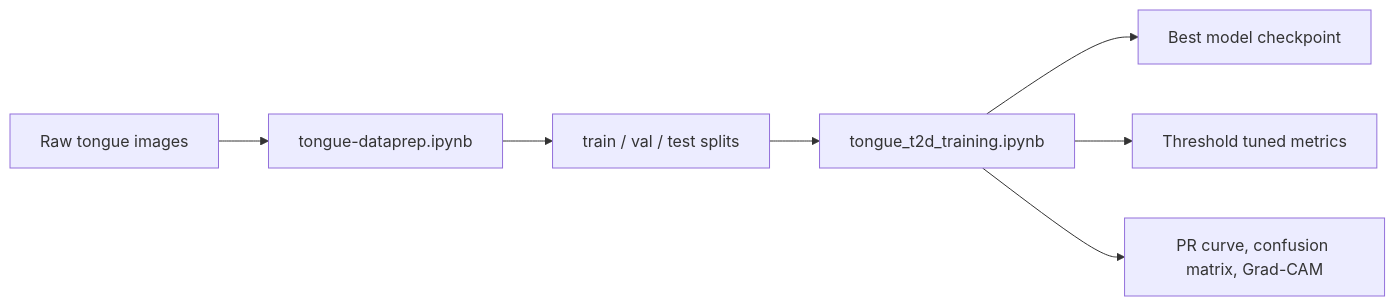
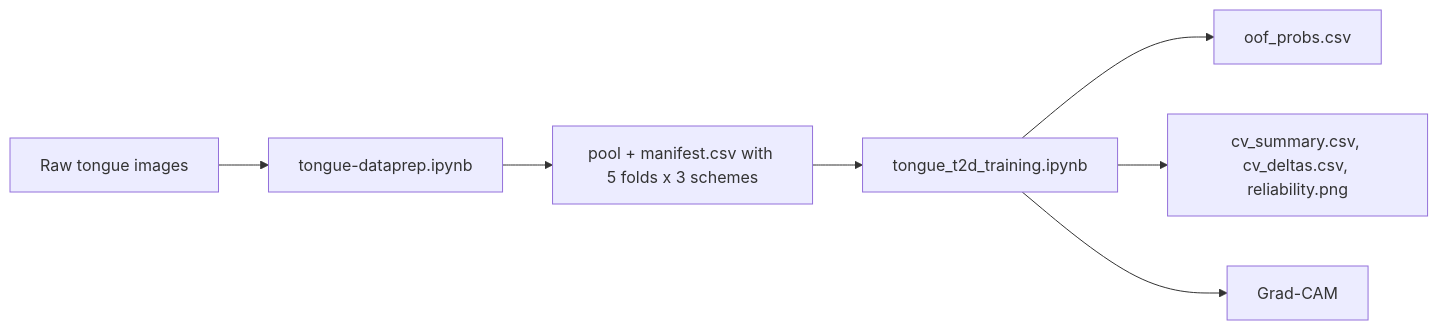
The diagram in README.md (EdamHakim/tongue_diabetes_detection), drawn with Mermaid before and after one commit. The commit also changed other lines of this file and 3 other files, not shown here.

````diff
--- a/README.md
+++ b/README.md
@@ -23,9 +23,9 @@
 ```mermaid
 flowchart LR
     A[Raw tongue images] --> B[tongue-dataprep.ipynb]
-    B --> C[train / val / test splits]
+    B --> C[pool + manifest.csv with 5 folds x 3 schemes]
     C --> D[tongue_t2d_training.ipynb]
-    D --> E[Best model checkpoint]
-    D --> F[Threshold tuned metrics]
-    D --> G[PR curve, confusion matrix, Grad-CAM]
+    D --> E[oof_probs.csv]
+    D --> F[cv_summary.csv, cv_deltas.csv, reliability.png]
+    D --> G[Grad-CAM]
 ```
````
